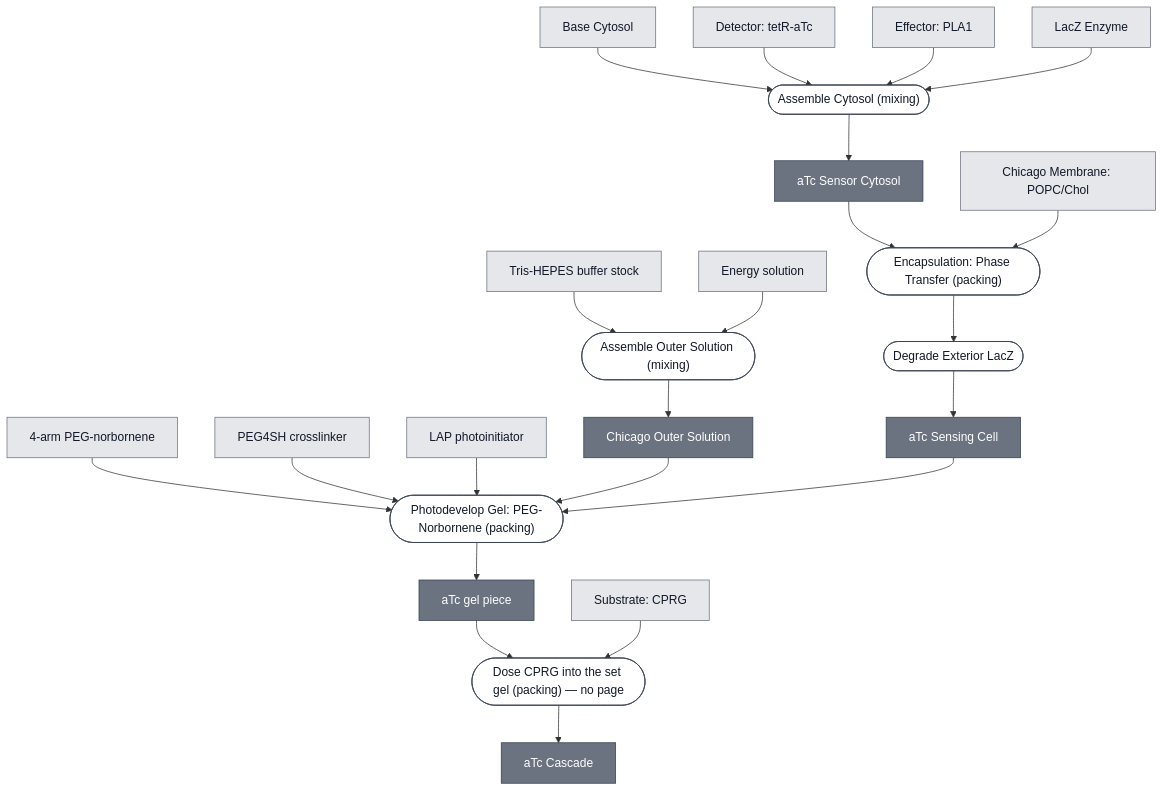
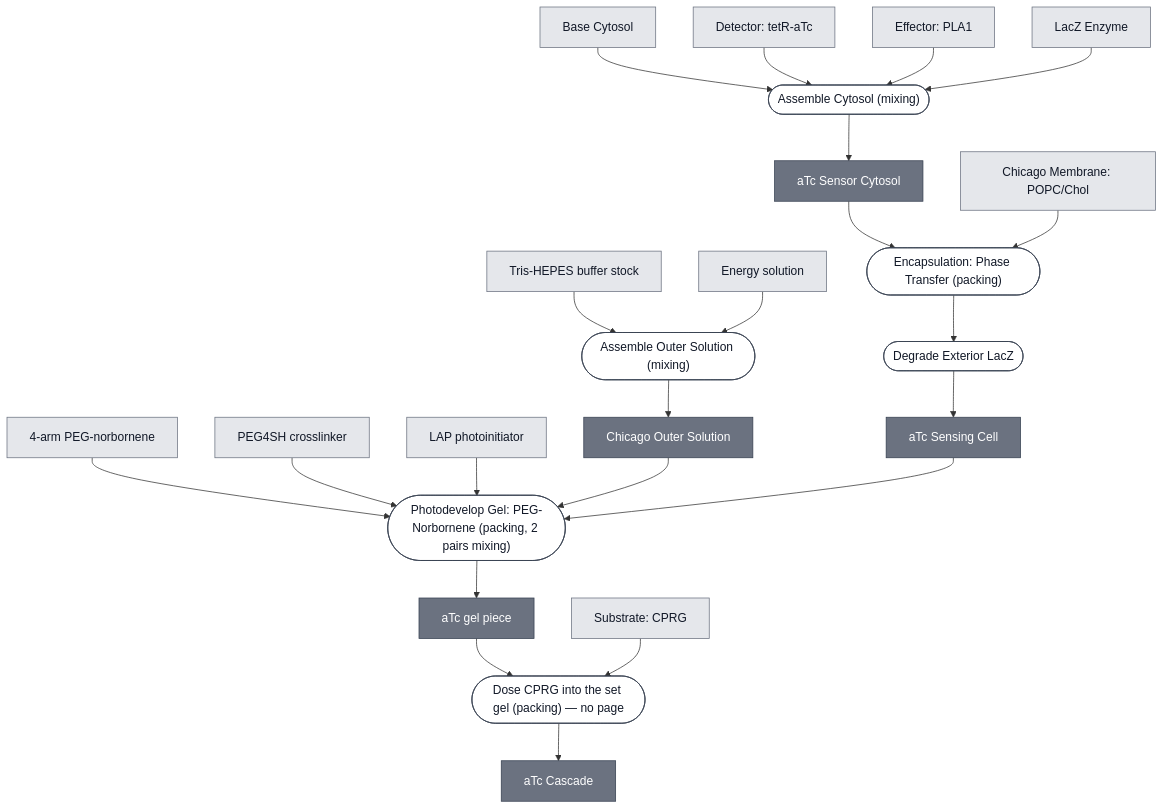
Before and after one commit to nucleus-eng/nucleus-docs: the diagram in docs/modules/atc-cascade/spec.md, drawn with Mermaid. The commit also changed 5 other files, not shown here.

````diff
--- a/docs/modules/atc-cascade/spec.md
+++ b/docs/modules/atc-cascade/spec.md
@@ -34,77 +34,77 @@
 ```mermaid
 flowchart TD
     BASE_CYTOSOL["Base Cytosol"]
     DETECTOR_TETR_ATC["Detector: tetR-aTc"]
     EFFECTOR_PLA1["Effector: PLA1"]
     REPORTER_LACZ_ENZYME["LacZ Enzyme"]
     MEMBRANE_CHICAGO["Chicago Membrane: POPC/Chol"]
     SUBSTRATE_CPRG["Substrate: CPRG"]
     TRIS_HEPES_STOCK["Tris-HEPES buffer stock"]
     ENERGY_SOLUTION["Energy solution"]
     PEG_NORBORNENE_MONOMER["4-arm PEG-norbornene"]
     PEG4SH["PEG4SH crosslinker"]
     LAP["LAP photoinitiator"]
 
     P1_ASSEMBLE_OUTER_SOLUTION_0(["Assemble Outer Solution (mixing)"])
     OUTER_SOLUTION_CHICAGO["Chicago Outer Solution"]
     P2_ASSEMBLE_CYTOSOL_0(["Assemble Cytosol (mixing)"])
     ATC_SENSOR_CYTOSOL["aTc Sensor Cytosol"]
     P3_ENCAPSULATE_0(["Encapsulation: Phase Transfer (packing)"])
     P3_ENCAPSULATE_1(["Degrade Exterior LacZ"])
     ATC_SENSING_CELL["aTc Sensing Cell"]
-    P4_PHOTODEVELOP_GEL_0(["Photodevelop Gel: PEG-Norbornene (packing)"])
+    P4_PHOTODEVELOP_GEL_0(["Photodevelop Gel: PEG-Norbornene (packing, 2 pairs mixing)"])
     ATC_GEL["aTc gel piece"]
     P5_DOSE_CPRG_0(["Dose CPRG into the set gel (packing) — no page"])
     ATC_CASCADE["aTc Cascade"]
 
     TRIS_HEPES_STOCK --> P1_ASSEMBLE_OUTER_SOLUTION_0
     ENERGY_SOLUTION --> P1_ASSEMBLE_OUTER_SOLUTION_0
     P1_ASSEMBLE_OUTER_SOLUTION_0 --> OUTER_SOLUTION_CHICAGO
 
     BASE_CYTOSOL --> P2_ASSEMBLE_CYTOSOL_0
     DETECTOR_TETR_ATC --> P2_ASSEMBLE_CYTOSOL_0
     EFFECTOR_PLA1 --> P2_ASSEMBLE_CYTOSOL_0
     REPORTER_LACZ_ENZYME --> P2_ASSEMBLE_CYTOSOL_0
     P2_ASSEMBLE_CYTOSOL_0 --> ATC_SENSOR_CYTOSOL
 
     ATC_SENSOR_CYTOSOL --> P3_ENCAPSULATE_0
     MEMBRANE_CHICAGO --> P3_ENCAPSULATE_0
     P3_ENCAPSULATE_0 --> P3_ENCAPSULATE_1
     P3_ENCAPSULATE_1 --> ATC_SENSING_CELL
 
     PEG_NORBORNENE_MONOMER --> P4_PHOTODEVELOP_GEL_0
     PEG4SH --> P4_PHOTODEVELOP_GEL_0
     LAP --> P4_PHOTODEVELOP_GEL_0
     OUTER_SOLUTION_CHICAGO --> P4_PHOTODEVELOP_GEL_0
     ATC_SENSING_CELL --> P4_PHOTODEVELOP_GEL_0
     P4_PHOTODEVELOP_GEL_0 --> ATC_GEL
 
     ATC_GEL --> P5_DOSE_CPRG_0
     SUBSTRATE_CPRG --> P5_DOSE_CPRG_0
     P5_DOSE_CPRG_0 --> ATC_CASCADE
 
 
     classDef leaf     fill:#e5e7eb,stroke:#6b7280,color:#111827;
     classDef composed fill:#6b7280,stroke:#374151,color:#ffffff;
     classDef process  fill:#ffffff,stroke:#374151,color:#111827;
     class BASE_CYTOSOL,DETECTOR_TETR_ATC,EFFECTOR_PLA1,REPORTER_LACZ_ENZYME,MEMBRANE_CHICAGO,SUBSTRATE_CPRG,TRIS_HEPES_STOCK,ENERGY_SOLUTION,PEG_NORBORNENE_MONOMER,PEG4SH,LAP leaf;
     class OUTER_SOLUTION_CHICAGO,ATC_SENSOR_CYTOSOL,ATC_SENSING_CELL,ATC_GEL,ATC_CASCADE composed;
     class P1_ASSEMBLE_OUTER_SOLUTION_0,P2_ASSEMBLE_CYTOSOL_0,P3_ENCAPSULATE_0,P3_ENCAPSULATE_1,P4_PHOTODEVELOP_GEL_0,P5_DOSE_CPRG_0 process;
 
     click BASE_CYTOSOL "/docs/modules/base-cytosol/spec"
     click DETECTOR_TETR_ATC "/docs/modules/detector-tetr-atc/spec"
     click EFFECTOR_PLA1 "/docs/modules/effector-pla1/spec"
     click REPORTER_LACZ_ENZYME "/docs/modules/reporter-lacz-enzyme/spec"
     click MEMBRANE_CHICAGO "/docs/modules/membrane-popc-chol-chicago/spec"
     click SUBSTRATE_CPRG "/docs/modules/substrate-cprg/spec"
     click PEG_NORBORNENE_MONOMER "/docs/modules/gel-peg-norbornene/spec"
     click P1_ASSEMBLE_OUTER_SOLUTION_0 "/docs/processes/assemble-outer-solution/main"
     click OUTER_SOLUTION_CHICAGO "/docs/modules/outer-solution-chicago/spec"
     click P2_ASSEMBLE_CYTOSOL_0 "/docs/processes/assemble-cytosol/assemble-cytosol-main"
     click ATC_SENSOR_CYTOSOL "/docs/modules/atc-sensor-cytosol/spec"
     click P3_ENCAPSULATE_0 "/docs/processes/assemble-base-cell/main"
     click P3_ENCAPSULATE_1 "/docs/processes/degrade-exterior-lacz/main"
     click ATC_SENSING_CELL "/docs/modules/atc-sensing-cell/spec"
     click P4_PHOTODEVELOP_GEL_0 "/docs/processes/photodevelop-peg-norbornene/main"
     click ATC_CASCADE "/docs/modules/atc-cascade/spec"
 ```
````
